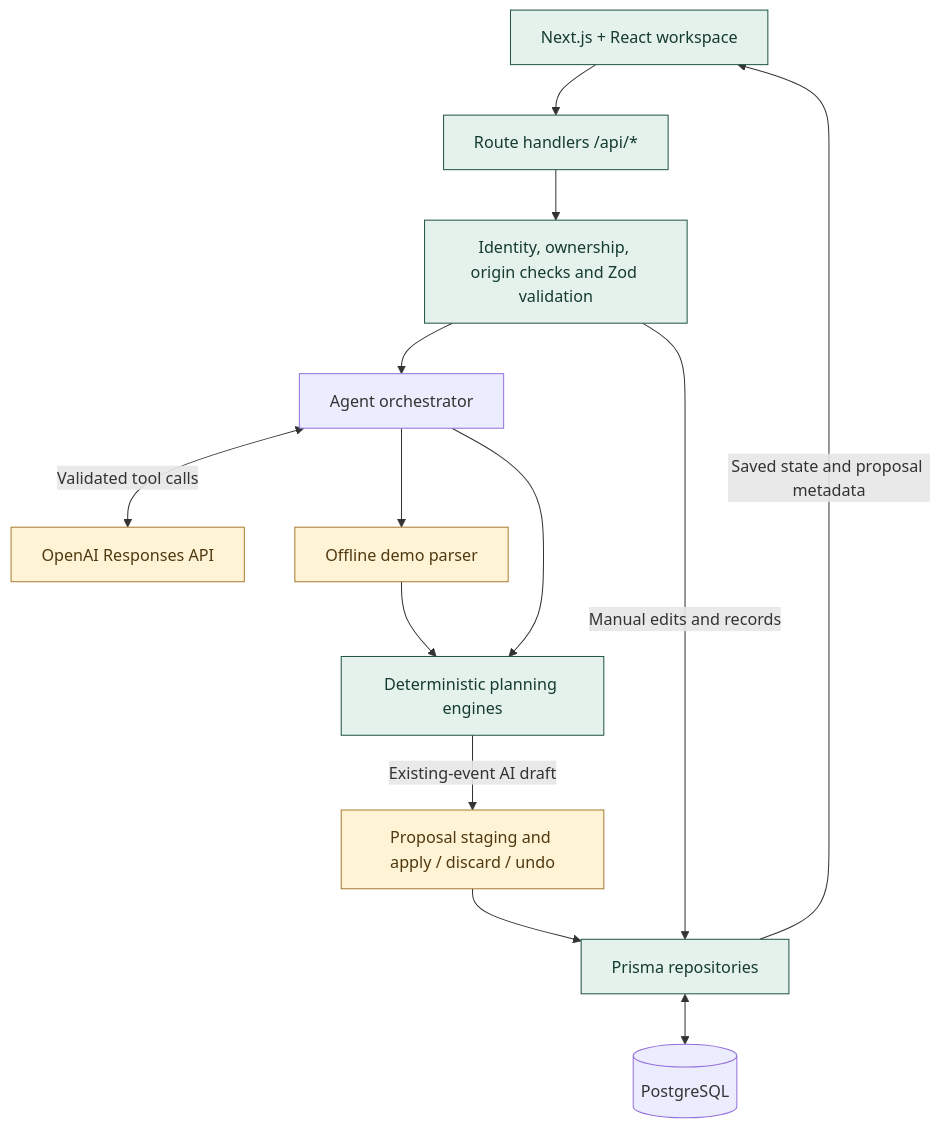
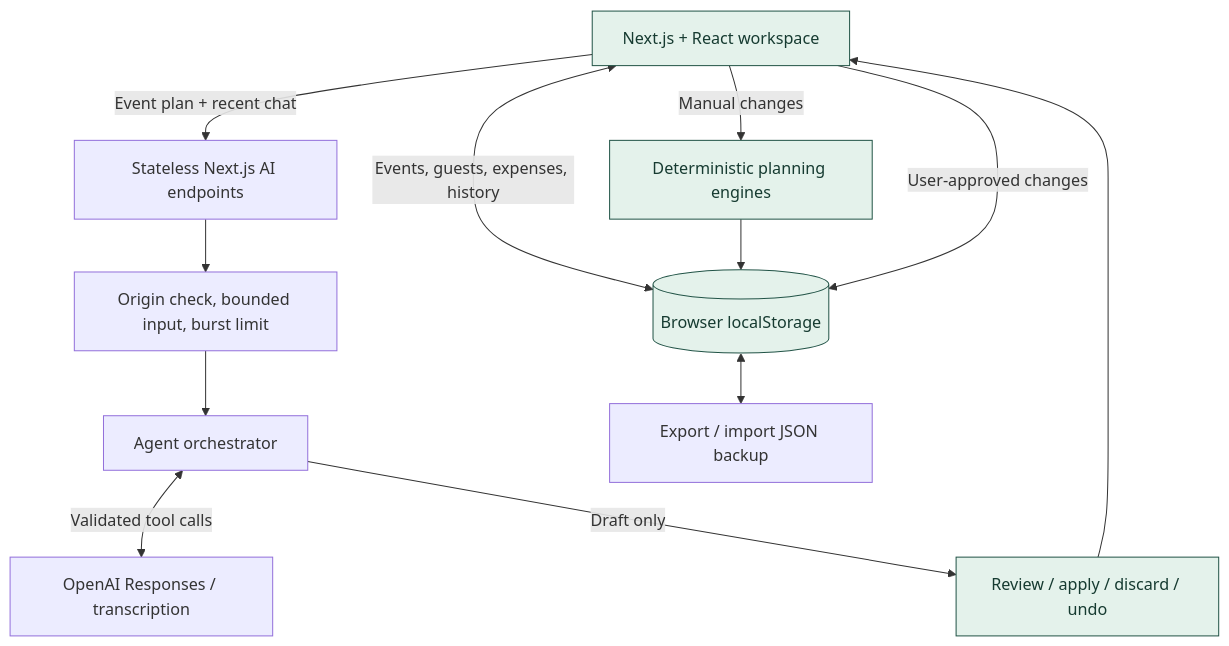
One commit to vikasgupta37/EventIQ changed the diagram in docs/architecture.mmd. Above: the diagram before and after it, drawn with Mermaid. The commit also changed 27 other files, not shown here.

Commit message:
Add public demo with browser storage and stateless AI

```diff
--- a/docs/architecture.mmd
+++ b/docs/architecture.mmd
@@ -1,26 +1,19 @@
 flowchart TB
     UI["Next.js + React workspace"]
-    API["Route handlers /api/*"]
-    GUARD["Identity, ownership, origin checks and Zod validation"]
+    LOCAL[("Browser localStorage")]
+    ENGINE["Deterministic planning engines"]
+    REVIEW["Review / apply / discard / undo"]
+    API["Stateless Next.js AI endpoints"]
+    GUARD["Origin check, bounded input, burst limit"]
     AGENT["Agent orchestrator"]
-    AI["OpenAI Responses API"]
-    DEMO["Offline demo parser"]
-    ENGINE["Deterministic planning engines"]
-    REVIEW["Proposal staging and apply / discard / undo"]
-    REPO["Prisma repositories"]
-    DB[("PostgreSQL")]
-    UI --> API --> GUARD
-    GUARD --> AGENT
-    GUARD -->|"Manual edits and records"| REPO
+    AI["OpenAI Responses / transcription"]
+    BACKUP["Export / import JSON backup"]
+    UI <-->|"Events, guests, expenses, history"| LOCAL
+    UI -->|"Manual changes"| ENGINE --> LOCAL
+    UI -->|"Event plan + recent chat"| API --> GUARD --> AGENT
     AGENT <-->|"Validated tool calls"| AI
-    AGENT --> DEMO
-    AGENT --> ENGINE
-    DEMO --> ENGINE
-    ENGINE -->|"Existing-event AI draft"| REVIEW
-    REVIEW --> REPO
-    REPO <--> DB
-    REPO -->|"Saved state and proposal metadata"| UI
+    AGENT -->|"Draft only"| REVIEW --> UI
+    UI -->|"User-approved changes"| LOCAL
+    LOCAL <--> BACKUP
     classDef green fill:#e4f2eb,stroke:#225447,color:#163b31
-    classDef gold fill:#fff3d6,stroke:#a77b30,color:#50390f
-    class UI,API,GUARD,ENGINE,REPO green
-    class AI,DEMO,REVIEW gold
+    class UI,LOCAL,ENGINE,REVIEW green
```
